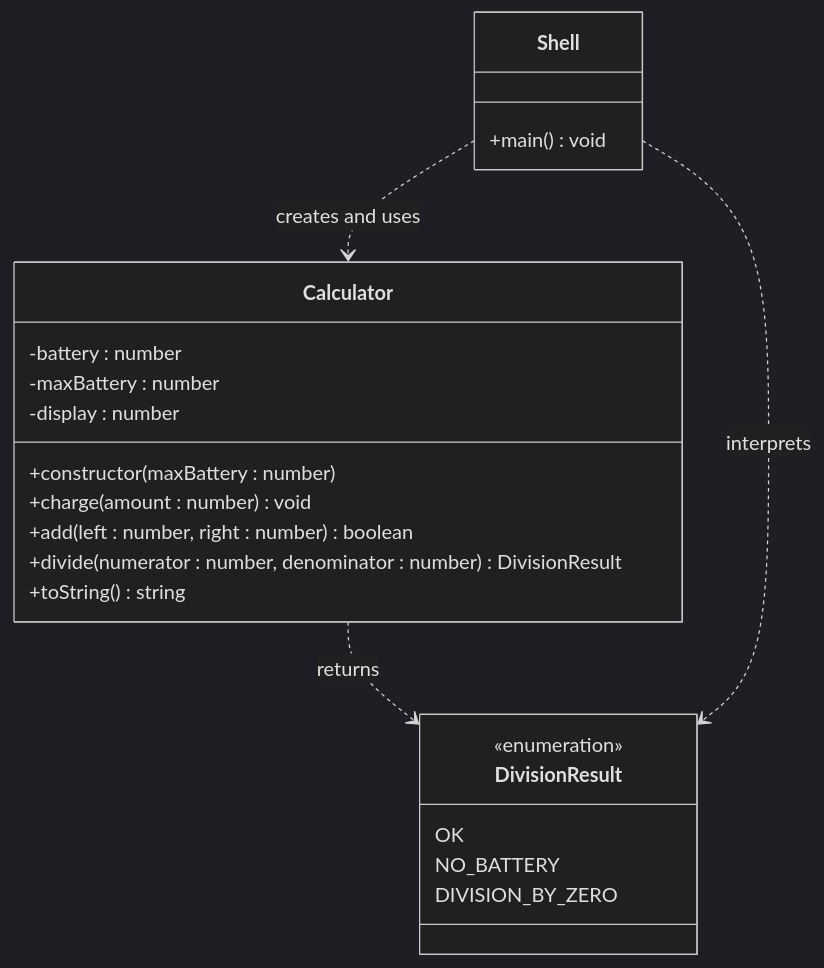
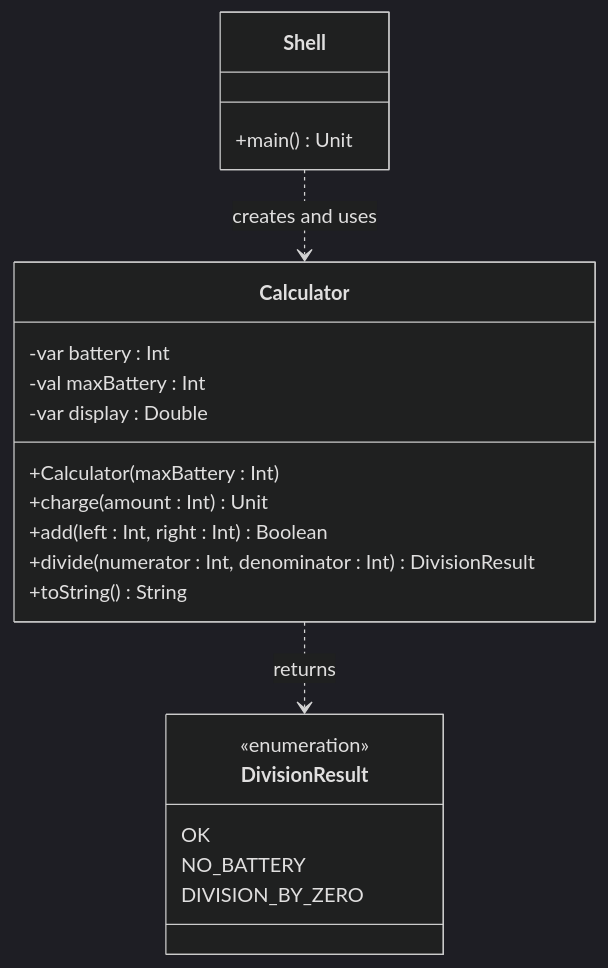
Before and after one commit to qxcodepoo/arcade: the diagram in labs/calculadora/README.md, drawn with Mermaid (dark theme). The commit also changed other lines of this file and 201 other files, not shown here.

````diff
--- a/labs/calculadora/README.md
+++ b/labs/calculadora/README.md
@@ -62,31 +62,30 @@
 ```mermaid
 %%{init: { "fontFamily": "monospace" } }%%
 classDiagram
     direction TB
 
     class DivisionResult {
         <<enumeration>>
         OK
         NO_BATTERY
         DIVISION_BY_ZERO
     }
 
     class Calculator {
-        -battery : number
-        -maxBattery : number
-        -display : number
-        +constructor(maxBattery : number)
-        +charge(amount : number) void
-        +add(left : number, right : number) boolean
-        +divide(numerator : number, denominator : number) DivisionResult
-        +toString() string
+        -var battery : Int
+        -val maxBattery : Int
+        -var display : Double
+        +Calculator(maxBattery : Int)
+        +charge(amount : Int) Unit
+        +add(left : Int, right : Int) Boolean
+        +divide(numerator : Int, denominator : Int) DivisionResult
+        +toString() String
     }
 
     class Shell {
-        +main() void
+        +main() Unit
     }
 
     Calculator ..> DivisionResult : returns
     Shell ..> Calculator : creates and uses
-    Shell ..> DivisionResult : interprets
 ```
````
